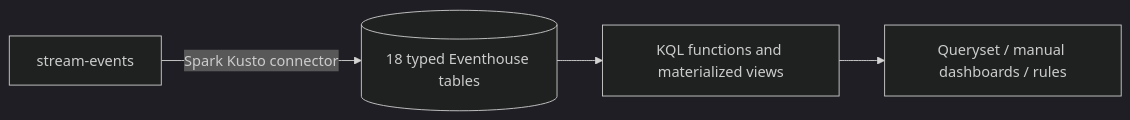
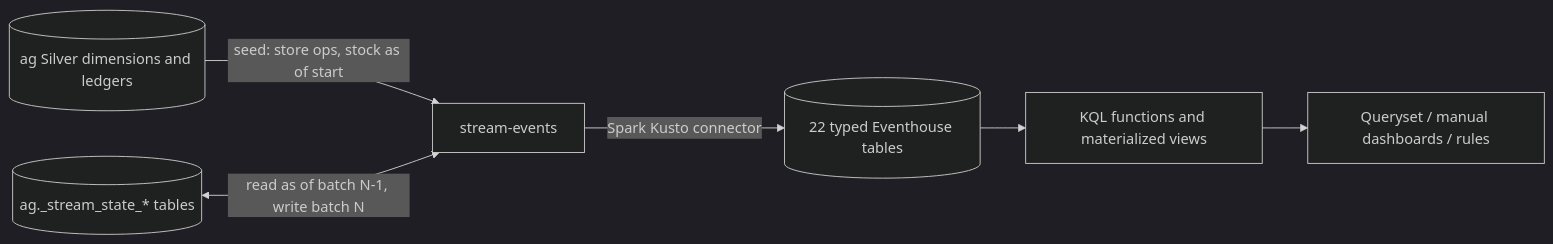
One commit to amattas/retail-demo changed the third of 5 diagrams in docs/design/architecture/data-flow.md. Above: the diagram before and after it, drawn with Mermaid (dark theme). The commit also changed other lines of this file and 3 other files, not shown here.

First line of the commit message:
docs(architecture): describe stream state, writer locks, incidents and #450

````diff
--- a/docs/design/architecture/data-flow.md
+++ b/docs/design/architecture/data-flow.md
@@ -55,9 +67,13 @@
 ```mermaid
 flowchart LR
+    Silver[(ag Silver dimensions and ledgers)]
+    State[(ag._stream_state_* tables)]
     Stream[stream-events]
-    Event[(18 typed Eventhouse tables)]
+    Event[(22 typed Eventhouse tables)]
     Views[KQL functions and materialized views]
     Query[Queryset / manual dashboards / rules]
 
+    Silver -->|seed: store ops, stock as of start| Stream
+    State <-->|read as of batch N-1, write batch N| Stream
     Stream -->|Spark Kusto connector| Event --> Views --> Query
 ```
````
